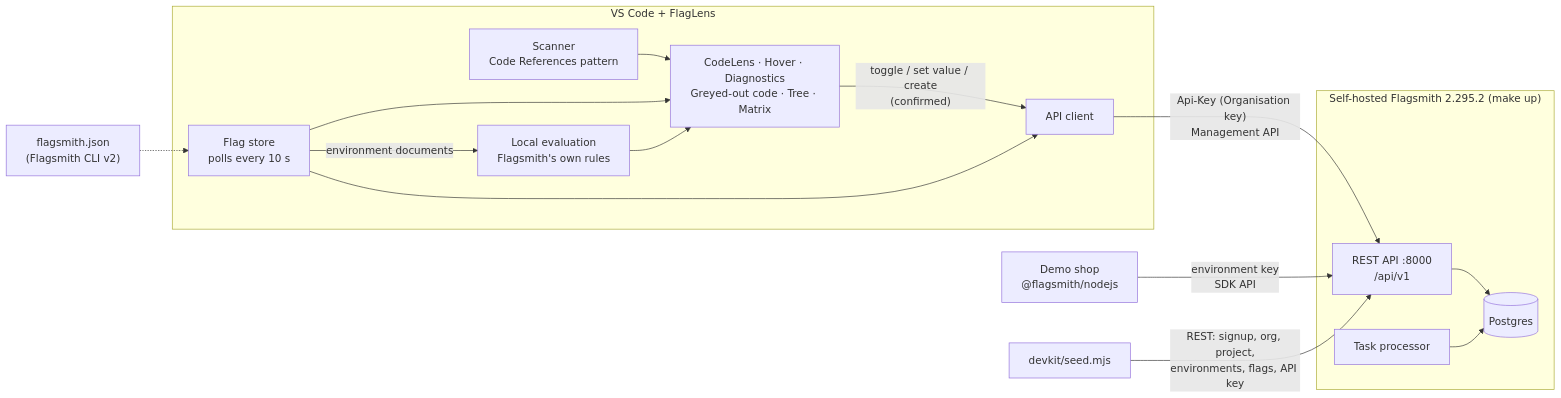
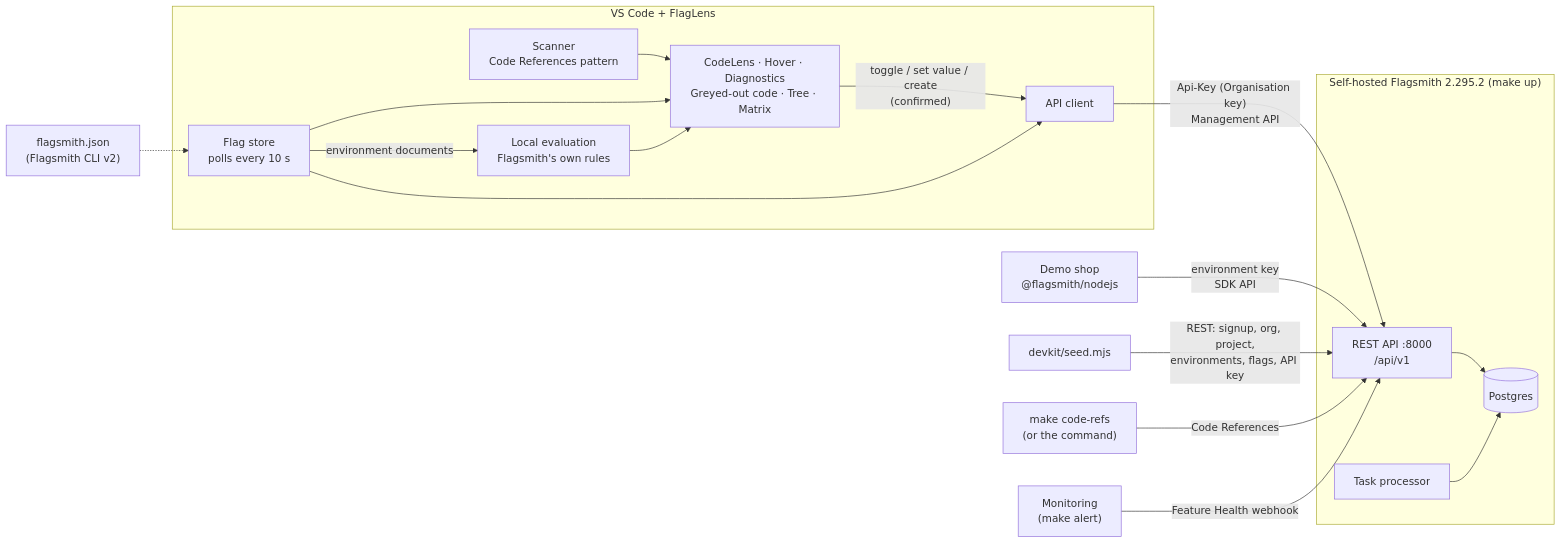
One commit to Pranav-Singh-Devloper/flaglens changed the diagram in README.md. Above: the diagram before and after it, drawn with Mermaid. The commit also changed other lines of this file and 4 other files, not shown here.

````diff
--- a/README.md
+++ b/README.md
@@ -291,18 +303,20 @@
 ```mermaid
 flowchart LR
   subgraph Editor["VS Code + FlagLens"]
     S[Scanner<br/>Code References pattern] --> V[CodeLens · Hover · Diagnostics<br/>Greyed-out code · Tree · Matrix]
     ST[Flag store<br/>polls every 10 s] --> V
     ST -- "environment documents" --> E[Local evaluation<br/>Flagsmith's own rules] --> V
     V -- "toggle / set value / create<br/>(confirmed)" --> C[API client]
     ST --> C
   end
   subgraph Docker["Self-hosted Flagsmith 2.295.2 (make up)"]
     API["REST API :8000<br/>/api/v1"] --> PG[(Postgres)]
     TP[Task processor] --> PG
   end
   C -- "Api-Key (Organisation key)<br/>Management API" --> API
   Shop["Demo shop<br/>@flagsmith/nodejs"] -- "environment key<br/>SDK API" --> API
   Seed["devkit/seed.mjs"] -- "REST: signup, org, project,<br/>environments, flags, API key" --> API
   CLI["flagsmith.json<br/>(Flagsmith CLI v2)"] -.-> ST
+  CI["make code-refs<br/>(or the command)"] -- "Code References" --> API
+  Mon["Monitoring<br/>(make alert)"] -- "Feature Health webhook" --> API
 ```
````
